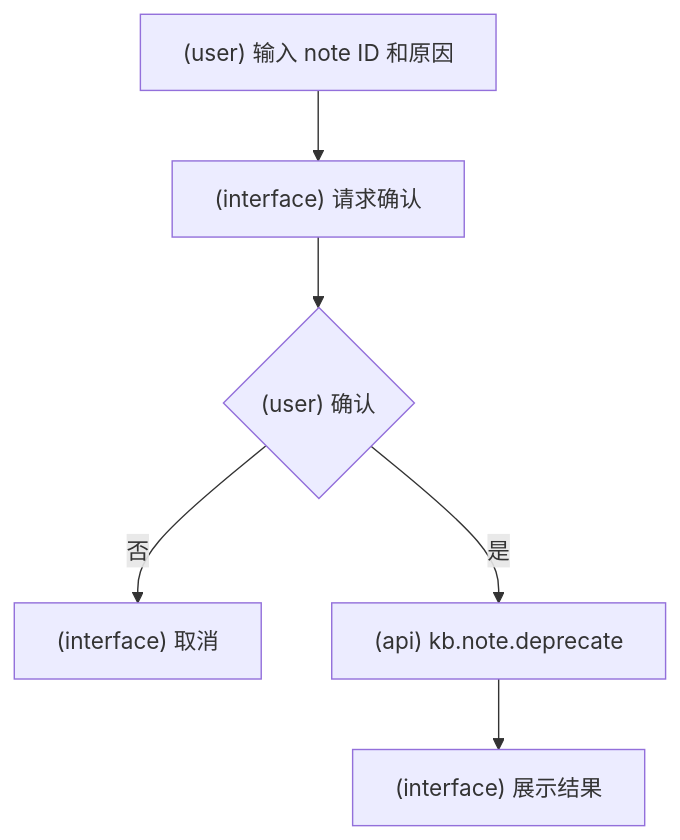
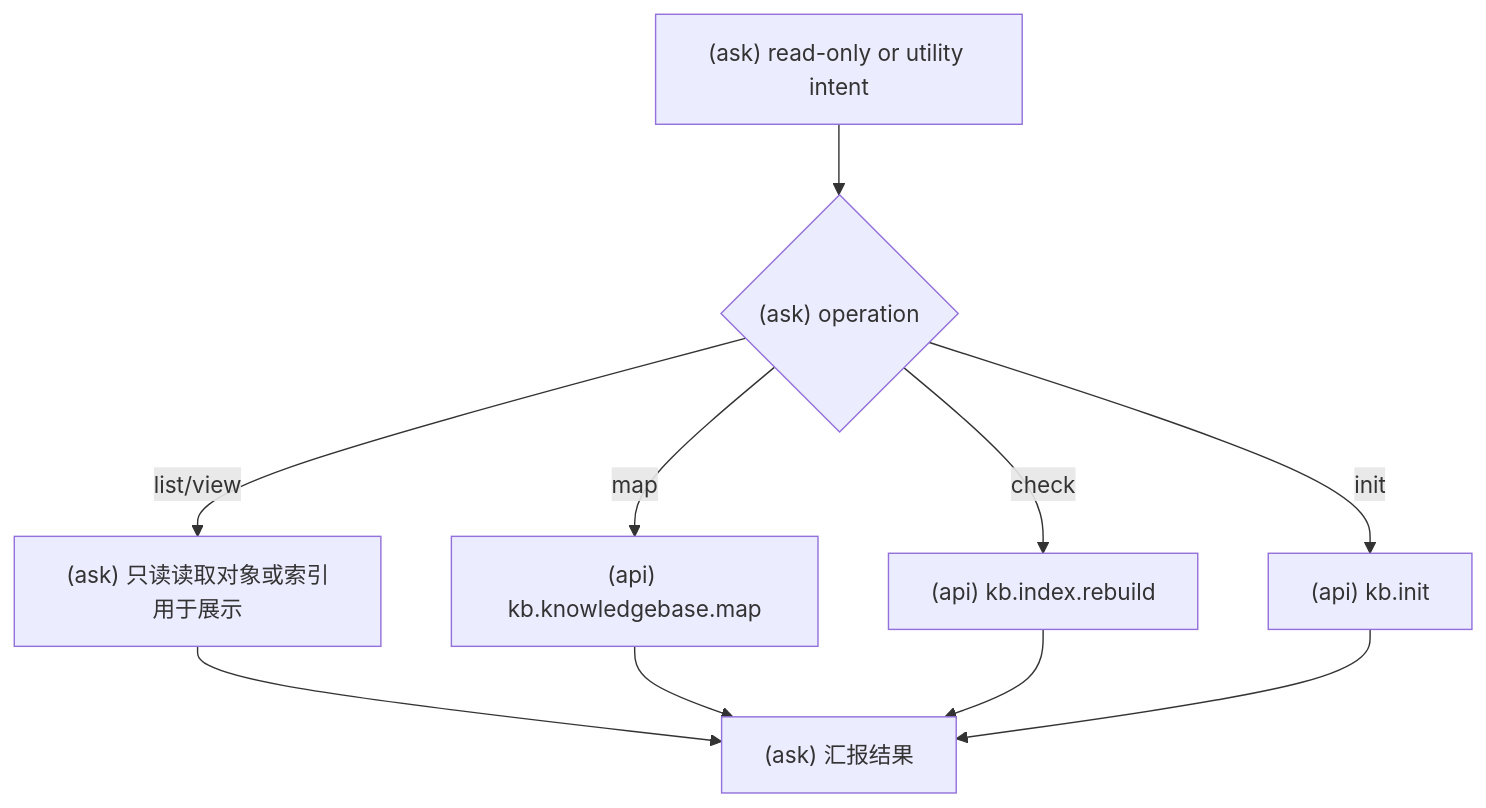
The fourth of 4 diagrams in docs/SlashCommand流程图.md (srangerme/KBManager), drawn with Mermaid before and after one commit. The commit also changed other lines of this file and 50 other files, not shown here.

````diff
--- a/docs/SlashCommand流程图.md
+++ b/docs/SlashCommand流程图.md
@@ -194,8 +83,12 @@
 ```mermaid
 flowchart TD
-  A["(user) 输入 note ID 和原因"] --> B["(interface) 请求确认"]
-  B --> C{"(user) 确认"}
-  C -- 否 --> D["(interface) 取消"]
-  C -- 是 --> E["(api) kb.note.deprecate"]
-  E --> F["(interface) 展示结果"]
+  A["(ask) read-only or utility intent"] --> B{"(ask) operation"}
+  B -- list/view --> C["(ask) 只读读取对象或索引用于展示"]
+  B -- map --> D["(api) kb.knowledgebase.map"]
+  B -- check --> E["(api) kb.index.rebuild"]
+  B -- init --> F["(api) kb.init"]
+  C --> H["(ask) 汇报结果"]
+  D --> H
+  E --> H
+  F --> H
 ```
````
